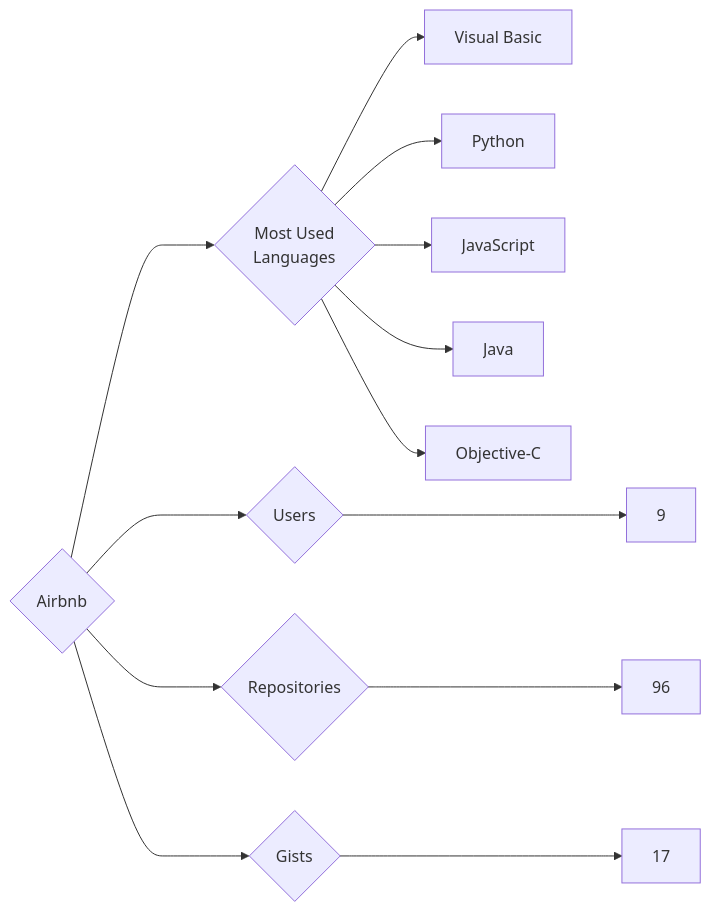
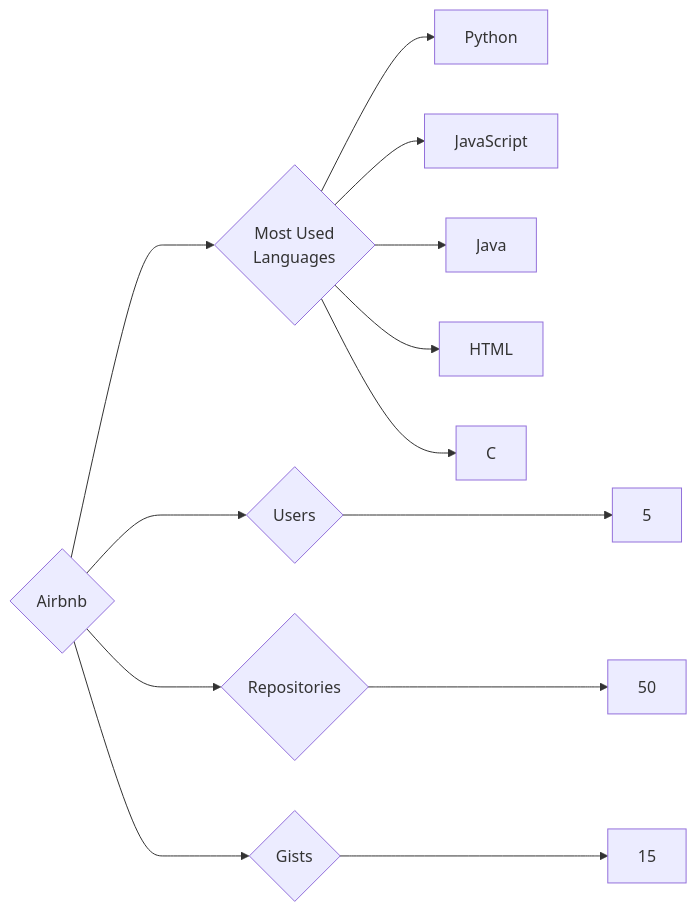
Before and after one commit to trickest/insiders: the diagram in targets/Airbnb/README.md, drawn with Mermaid. The commit also changed 857 other files, not shown here.

````diff
--- a/targets/Airbnb/README.md
+++ b/targets/Airbnb/README.md
@@ -3,13 +3,13 @@
 ```mermaid
 graph LR
 COMPANY_NAME{Airbnb}
-COMPANY_NAME ---> U{Users} ---> UN[9]
-COMPANY_NAME ---> R{Repositories} ---> RN[96]
-COMPANY_NAME ---> G{Gists} ---> GN[17]
+COMPANY_NAME ---> U{Users} ---> UN[5]
+COMPANY_NAME ---> R{Repositories} ---> RN[50]
+COMPANY_NAME ---> G{Gists} ---> GN[15]
 COMPANY_NAME ---> ML{Most Used<br>Languages}
-ML --> Visual_Basic[Visual Basic]
 ML --> Python[Python]
 ML --> JavaScript[JavaScript]
 ML --> Java[Java]
-ML --> Objective-C[Objective-C]
+ML --> HTML[HTML]
+ML --> C[C]
 ```
````
